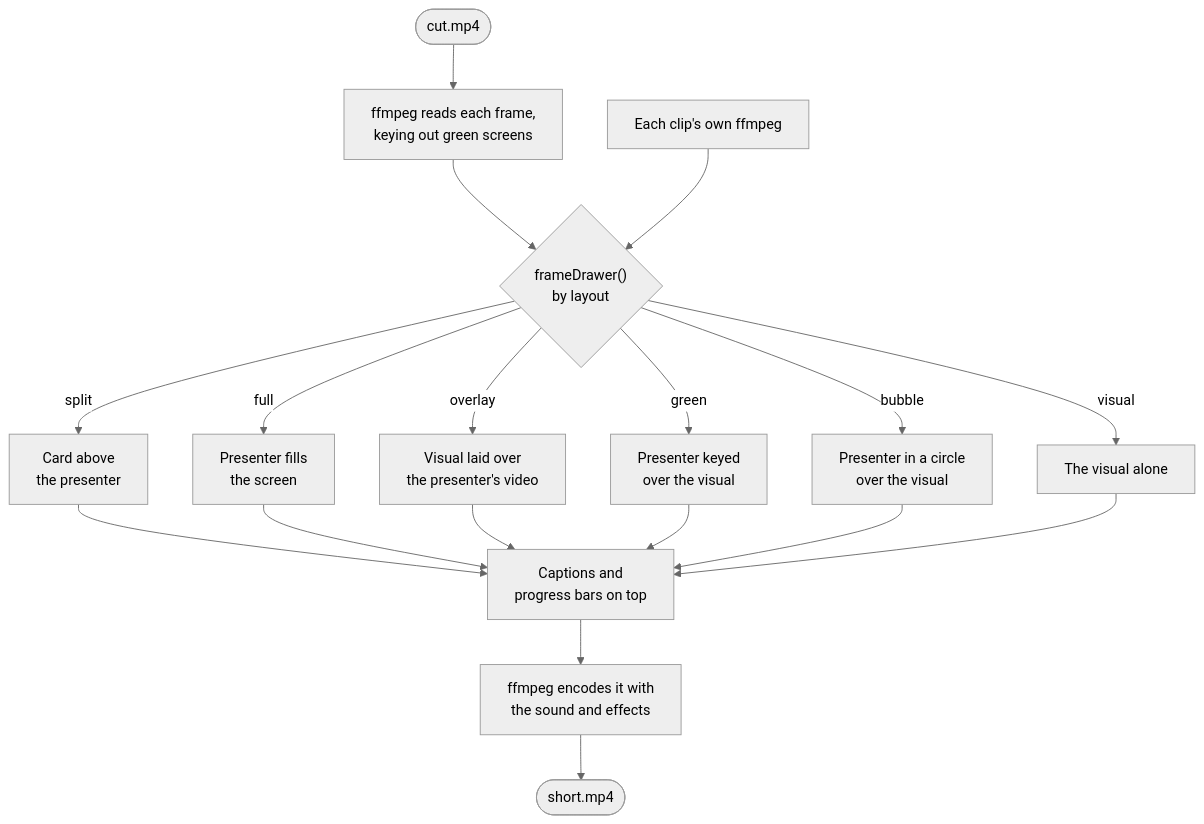
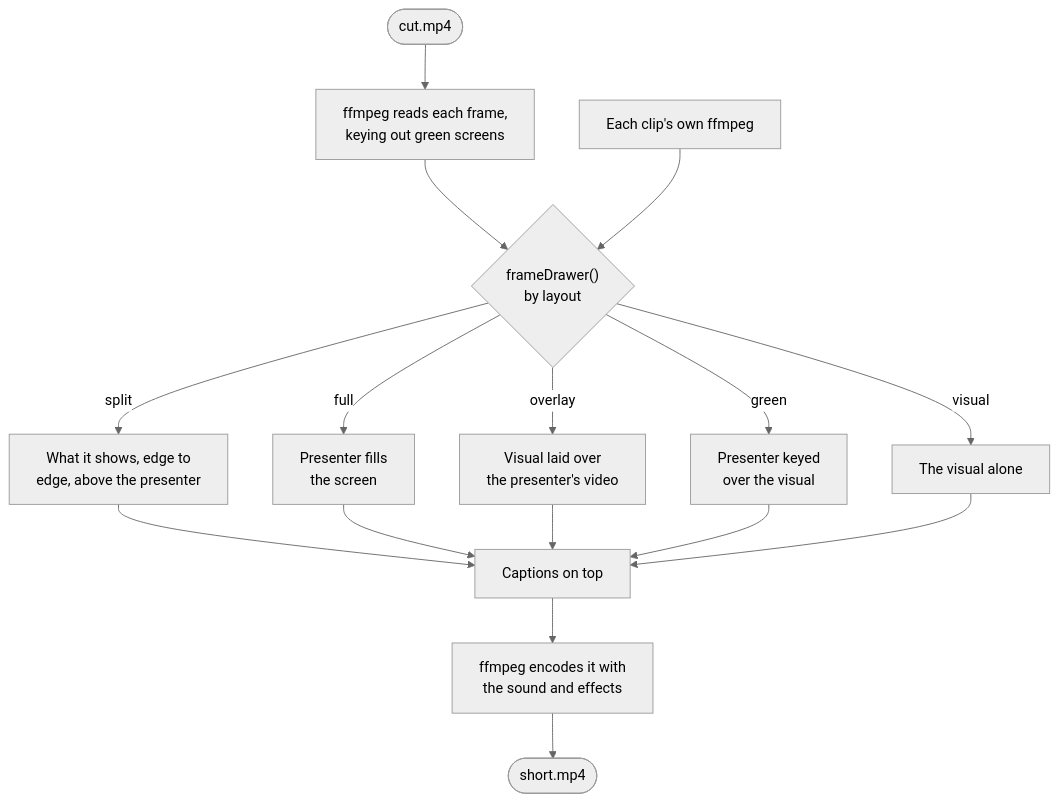
Before and after one commit to xai-org/xai-cookbook: the fourth of 6 diagrams in examples/grok-shorts/README.md, drawn with Mermaid (neutral theme). The commit also changed other lines of this file and 23 other files, not shown here.

First line of the commit message:
Make Grok Shorts videos look filmed by a person, with stitched clips, reactions, and motion graphics

````diff
--- a/examples/grok-shorts/README.md
+++ b/examples/grok-shorts/README.md
@@ -240,15 +245,14 @@
 ```mermaid
 flowchart TD
     cut(["cut.mp4"]) --> decoder["ffmpeg reads each frame,<br/>keying out green screens"]
     decoder --> layout{"frameDrawer()<br/>by layout"}
     clips["Each clip's own ffmpeg"] --> layout
-    layout -->|split| split["Card above<br/>the presenter"]
+    layout -->|split| split["What it shows, edge to<br/>edge, above the presenter"]
     layout -->|full| full["Presenter fills<br/>the screen"]
     layout -->|overlay| overlay["Visual laid over<br/>the presenter's video"]
     layout -->|green| keyed["Presenter keyed<br/>over the visual"]
-    layout -->|bubble| bubble["Presenter in a circle<br/>over the visual"]
     layout -->|visual| alone["The visual alone"]
-    split & full & overlay & keyed & bubble & alone --> captions["Captions and<br/>progress bars on top"]
+    split & full & overlay & keyed & alone --> captions["Captions on top"]
     captions --> encoder["ffmpeg encodes it with<br/>the sound and effects"]
     encoder --> video(["short.mp4"])
 ```
````
